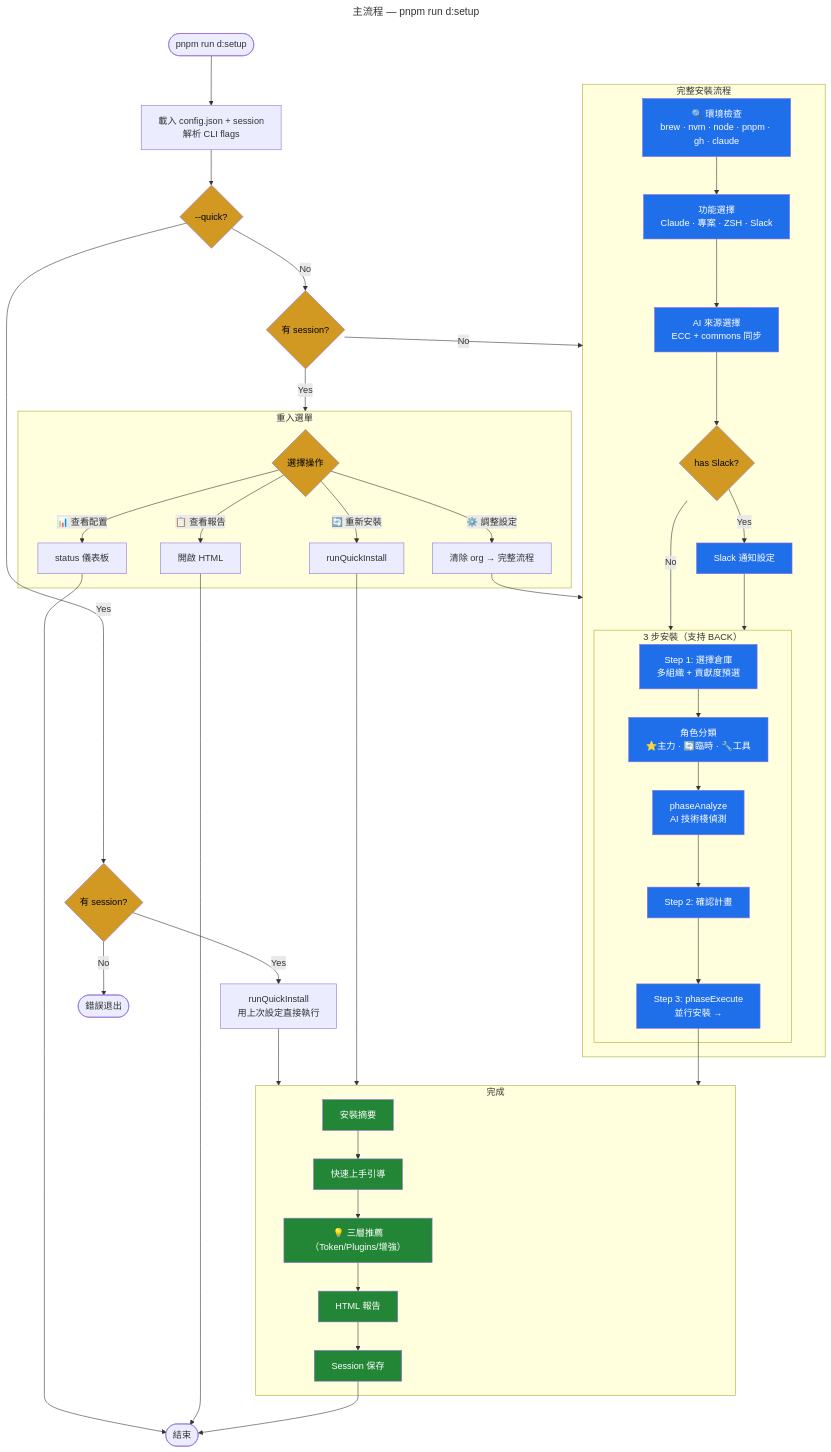
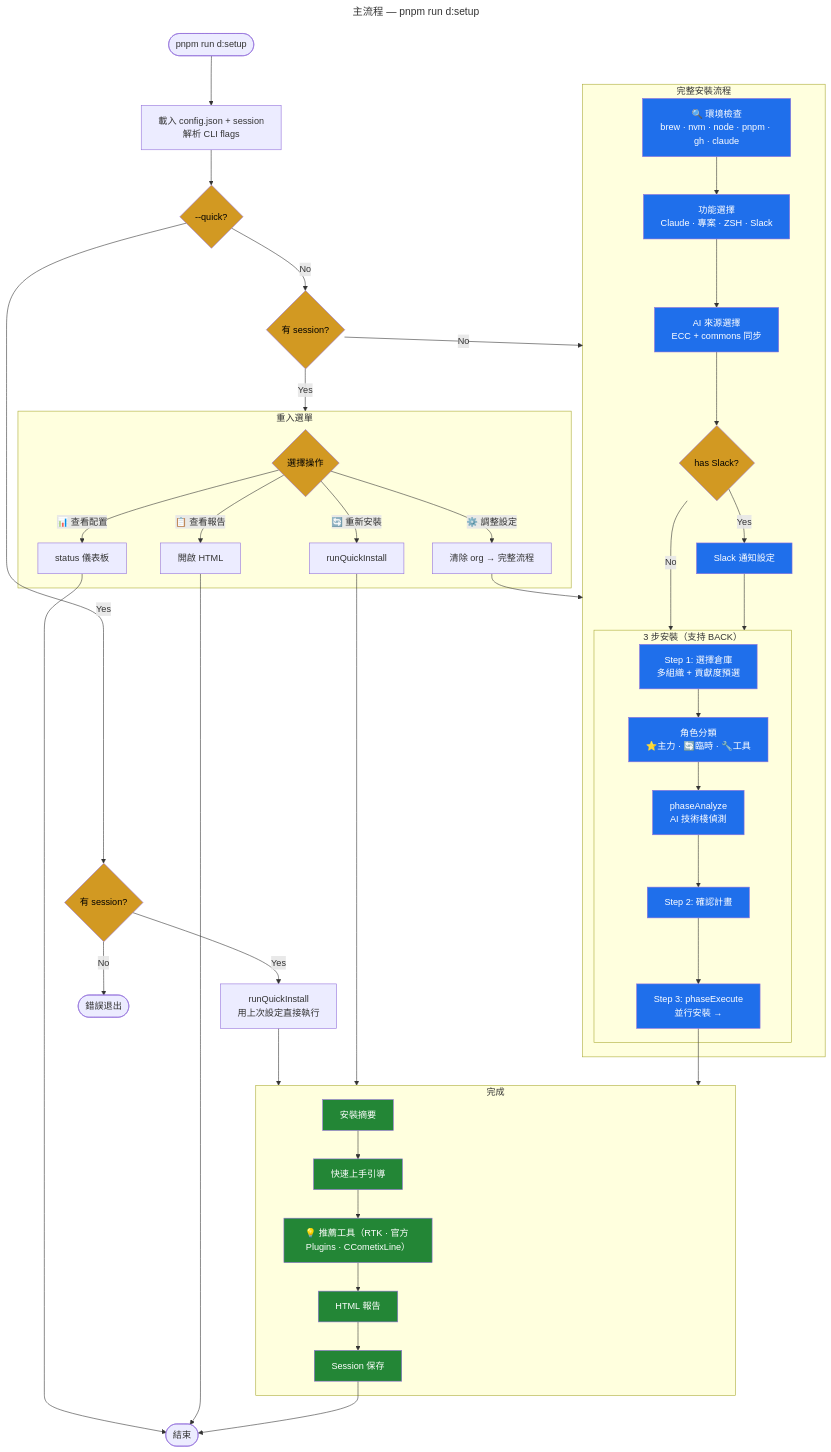
The diagram in apps/dotfiles/docs/flows/setup-main.mmd (AlvinBian/ab-tao), drawn with Mermaid before and after one commit. The commit also changed 7 other files, not shown here.

```diff
--- a/apps/dotfiles/docs/flows/setup-main.mmd
+++ b/apps/dotfiles/docs/flows/setup-main.mmd
@@ -1,74 +1,74 @@
 ---
 title: 主流程 — pnpm run d:setup
 description: 入口分支 → 功能選擇 → 3 步安裝 → 完成
 links:
   - phase-execute: 安裝執行
   - env-check: 環境檢查
 ---
 flowchart TD
     Start(["pnpm run d:setup"]) --> Init["載入 config.json + session<br/>解析 CLI flags"]
 
     Init --> QuickCheck{"--quick?"}
 
     %% ── 快速重裝 ──
     QuickCheck -->|Yes| QSession{"有 session?"}
     QSession -->|No| QError([錯誤退出])
     QSession -->|Yes| QRun["runQuickInstall<br/>用上次設定直接執行"]
     QRun --> Complete
 
     %% ── 有 session 重入 ──
     QuickCheck -->|No| PrevCheck{"有 session?"}
     PrevCheck -->|No| Fresh
     PrevCheck -->|Yes| Reentry
 
     subgraph Reentry ["重入選單"]
         RMenu{"選擇操作"}
         RMenu -->|"🔄 重新安裝"| RQuick["runQuickInstall"]
         RMenu -->|"⚙️ 調整設定"| RAdjust["清除 org → 完整流程"]
         RMenu -->|"📊 查看配置"| RStatus["status 儀表板"]
         RMenu -->|"📋 查看報告"| RReport["開啟 HTML"]
     end
 
     RQuick --> Complete
     RAdjust --> Fresh
     RStatus --> End([結束])
     RReport --> End
 
     %% ── 完整安裝 ──
     subgraph Fresh ["完整安裝流程"]
         F1["🔍 環境檢查<br/>brew · nvm · node · pnpm · gh · claude"]
         F1 --> F2["功能選擇<br/>Claude · 專案 · ZSH · Slack"]
         F2 --> F3["AI 來源選擇<br/>ECC + commons 同步"]
         F3 --> F4{"has Slack?"}
         F4 -->|Yes| F5["Slack 通知設定"]
         F4 -->|No| Loop
         F5 --> Loop
     end
 
     subgraph Loop ["3 步安裝（支持 BACK）"]
         L1["Step 1: 選擇倉庫<br/>多組織 + 貢獻度預選"]
         L1 --> L2["角色分類<br/>⭐主力 · 🔄臨時 · 🔧工具"]
         L2 --> L3["phaseAnalyze<br/>AI 技術棧偵測"]
         L3 --> L4["Step 2: 確認計畫"]
         L4 --> L5["Step 3: phaseExecute<br/>並行安裝 →"]
     end
 
     L5 --> Complete
 
     subgraph Complete ["完成"]
         C1["安裝摘要"]
         C1 --> C2["快速上手引導"]
-        C2 --> C3["💡 三層推薦（Token/Plugins/增強）"]
+        C2 --> C3["💡 推薦工具（RTK · 官方 Plugins · CCometixLine）"]
         C3 --> C4["HTML 報告"]
         C4 --> C5["Session 保存"]
     end
 
     C5 --> End
 
     classDef decision fill:#d29922,color:#000
     classDef action fill:#1f6feb,color:#fff
     classDef success fill:#238636,color:#fff
 
     class QuickCheck,PrevCheck,QSession,F4,RMenu decision
     class F1,F2,F3,F5,L1,L2,L3,L4,L5 action
     class C1,C2,C3,C4,C5 success
```
